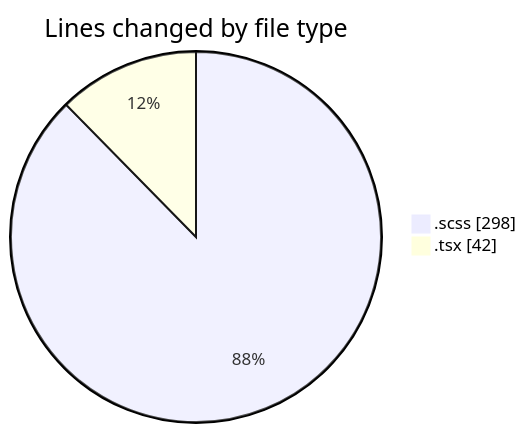
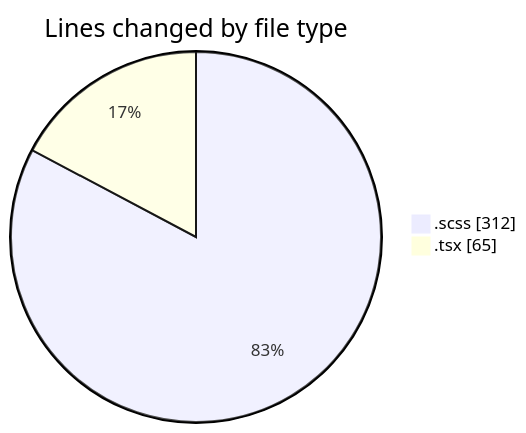
Before and after one commit to momahboobian/code-tracking: the first of 2 diagrams in 2026-08-10/cda/README.md, drawn with Mermaid. The commit also changed other lines of this file and 1 other file, not shown here.

````diff
--- a/2026-08-10/cda/README.md
+++ b/2026-08-10/cda/README.md
@@ -24,6 +24,6 @@
 ```mermaid
 pie showData
 title Lines changed by file type
-".scss" : 298
-".tsx" : 42
+".scss" : 312
+".tsx" : 65
 ```
````
